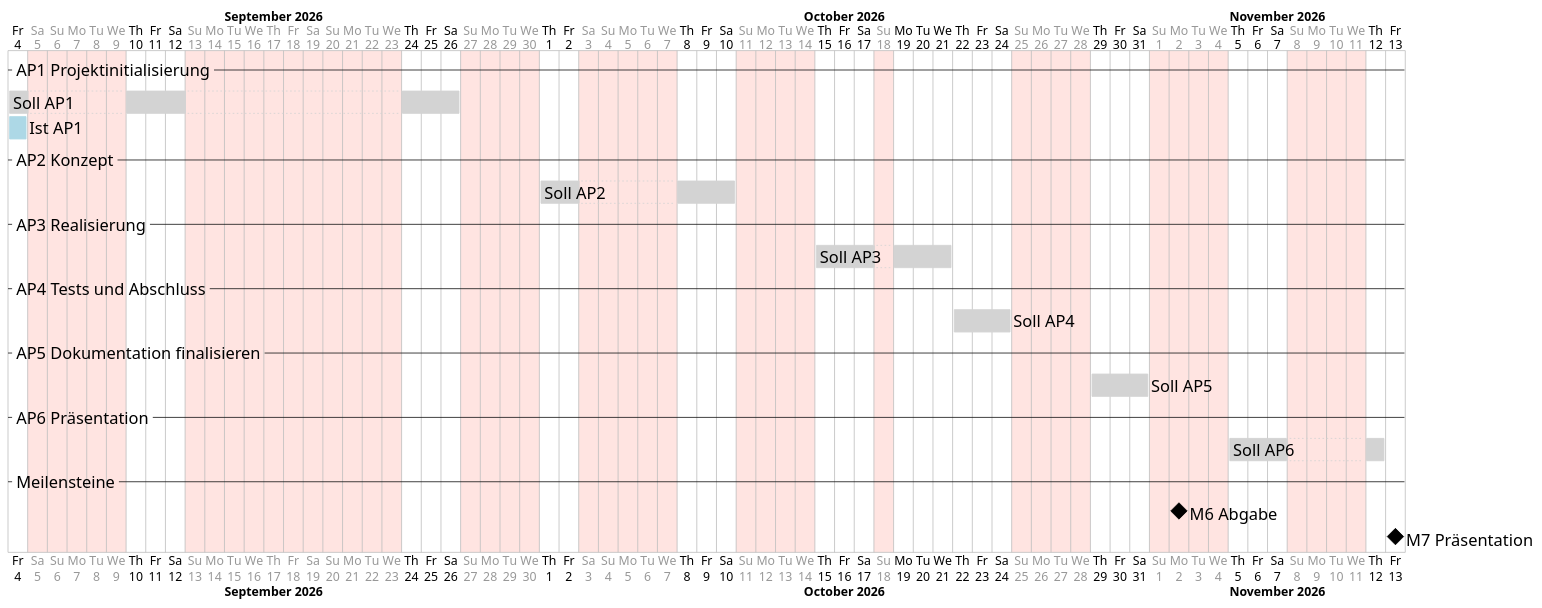
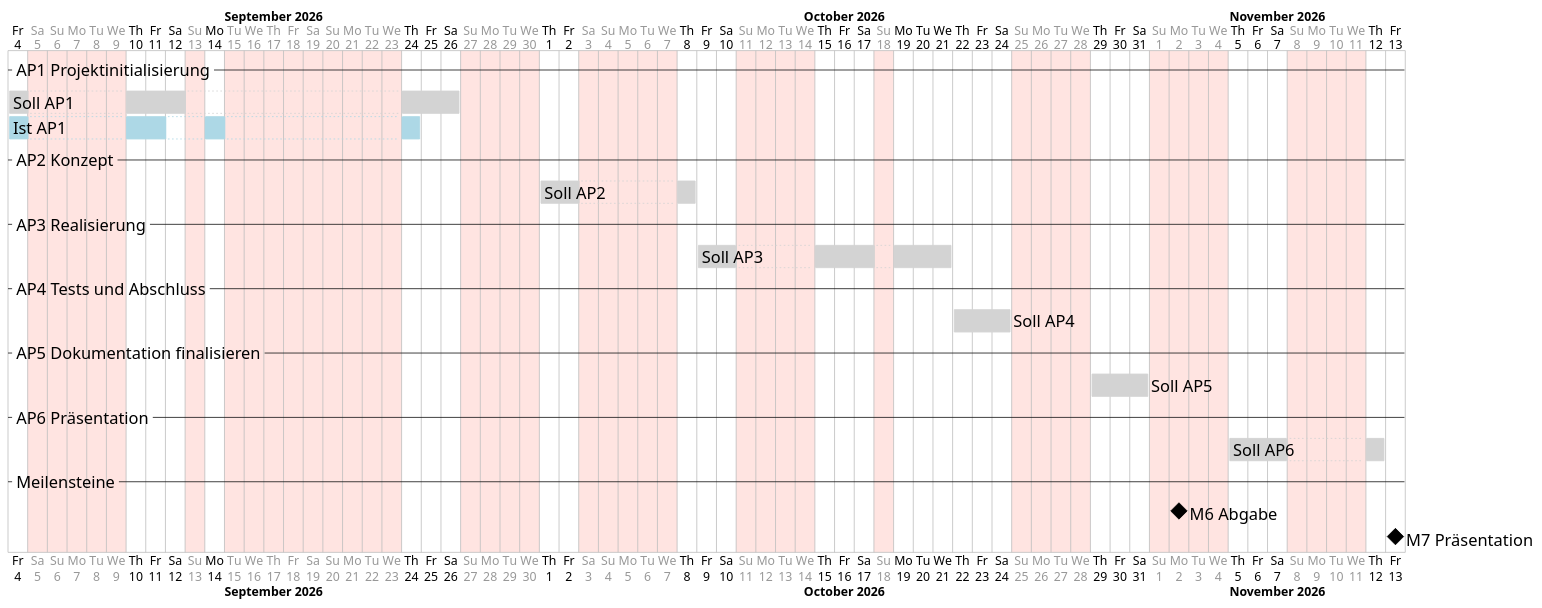
The diagram in documentation/diagrams/Terminplan_SollIst.puml (Adyrem/diploma-label-localization), drawn with PlantUML before and after one commit. The commit also changed 7 other files, not shown here.

```diff
--- a/documentation/diagrams/Terminplan_SollIst.puml
+++ b/documentation/diagrams/Terminplan_SollIst.puml
@@ -1,61 +1,66 @@
 @startgantt
 ' Soll/Ist-Vergleich auf Phasenebene, für das Kapitel Reflexion.
 ' Während des Projekts laufend nachführen: pro Arbeitspaket die Ist-Zeile
 ' auf die effektiven Start- und Enddaten setzen. Quelle ist die Tabelle
 ' "Detailplanung und Aufwanderfassung" im Anhang.
 ' Rendern: plantuml -tpng -charset UTF-8 Terminplan_SollIst.puml
 
 <style>
 ganttDiagram {
   task { FontSize 20 }
   milestone { FontSize 20 }
   separator { FontSize 20 }
   timeline { FontSize 15 }
   closed { BackGroundColor MistyRose }
 }
 </style>
 
 projectscale daily zoom 1
 project starts 2026-09-04
 
 monday are closed
 tuesday are closed
 wednesday are closed
 sunday are closed
 
 2026-09-05 to 2026-09-06 are closed
 2026-09-17 to 2026-09-20 are closed
 2026-10-03 to 2026-10-04 are closed
 2026-10-19 to 2026-10-21 are open
+' AP1.5 wurde am 11.09. und am Montag, 14.09., bearbeitet
+2026-09-14 is open
 
 -- AP1 Projektinitialisierung --
-[Soll AP1] as [S1] starts 2026-09-04 and requires 7 days
-[Ist AP1] as [I1] starts 2026-09-04 and requires 1 day
+[Soll AP1] as [S1] starts 2026-09-04 and ends 2026-09-26
+' Der 14.09. war nicht eingeplant
+[S1] pauses on 2026-09-14
+[Ist AP1] as [I1] starts 2026-09-04 and ends 2026-09-24
+[I1] pauses on 2026-09-12
 
 -- AP2 Konzept --
-[Soll AP2] as [S2] starts 2026-10-01 and requires 5 days
+[Soll AP2] as [S2] starts 2026-10-01 and requires 3 days
 
 -- AP3 Realisierung --
-[Soll AP3] as [S3] starts 2026-10-15 and requires 6 days
+[Soll AP3] as [S3] starts 2026-10-09 and requires 8 days
 
 -- AP4 Tests und Abschluss --
 [Soll AP4] as [S4] starts 2026-10-22 and requires 3 days
 
 -- AP5 Dokumentation finalisieren --
 [Soll AP5] as [S5] starts 2026-10-29 and requires 3 days
 
 -- AP6 Präsentation --
 [Soll AP6] as [S6] starts 2026-11-05 and requires 4 days
 
 -- Meilensteine --
 [M6 Abgabe] happens 2026-11-02
 [M7 Präsentation] happens 2026-11-13
 
 [S1] is colored in LightGray
 [S2] is colored in LightGray
 [S3] is colored in LightGray
 [S4] is colored in LightGray
 [S5] is colored in LightGray
 [S6] is colored in LightGray
 [I1] is colored in LightBlue
 @endgantt
```
